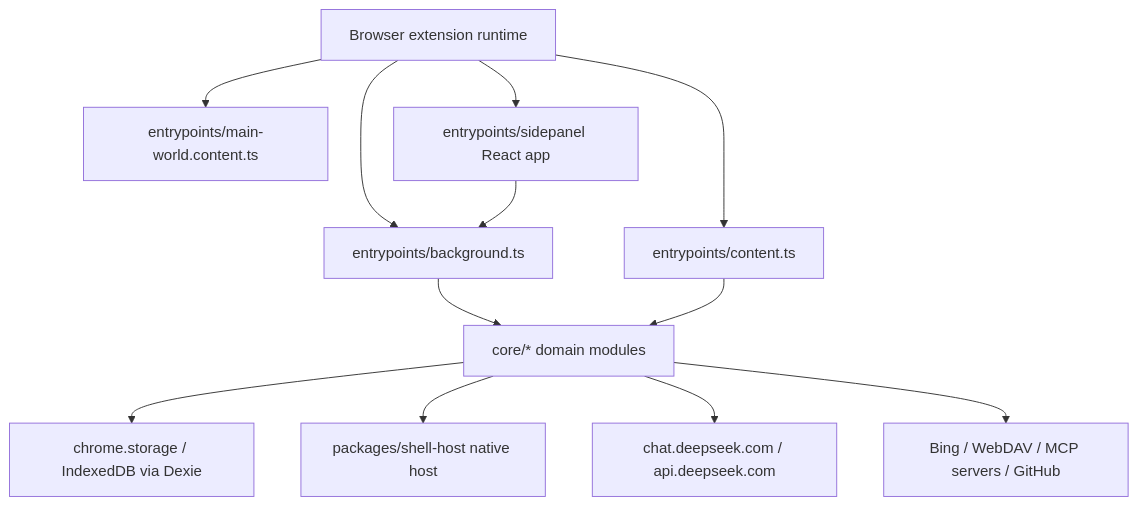
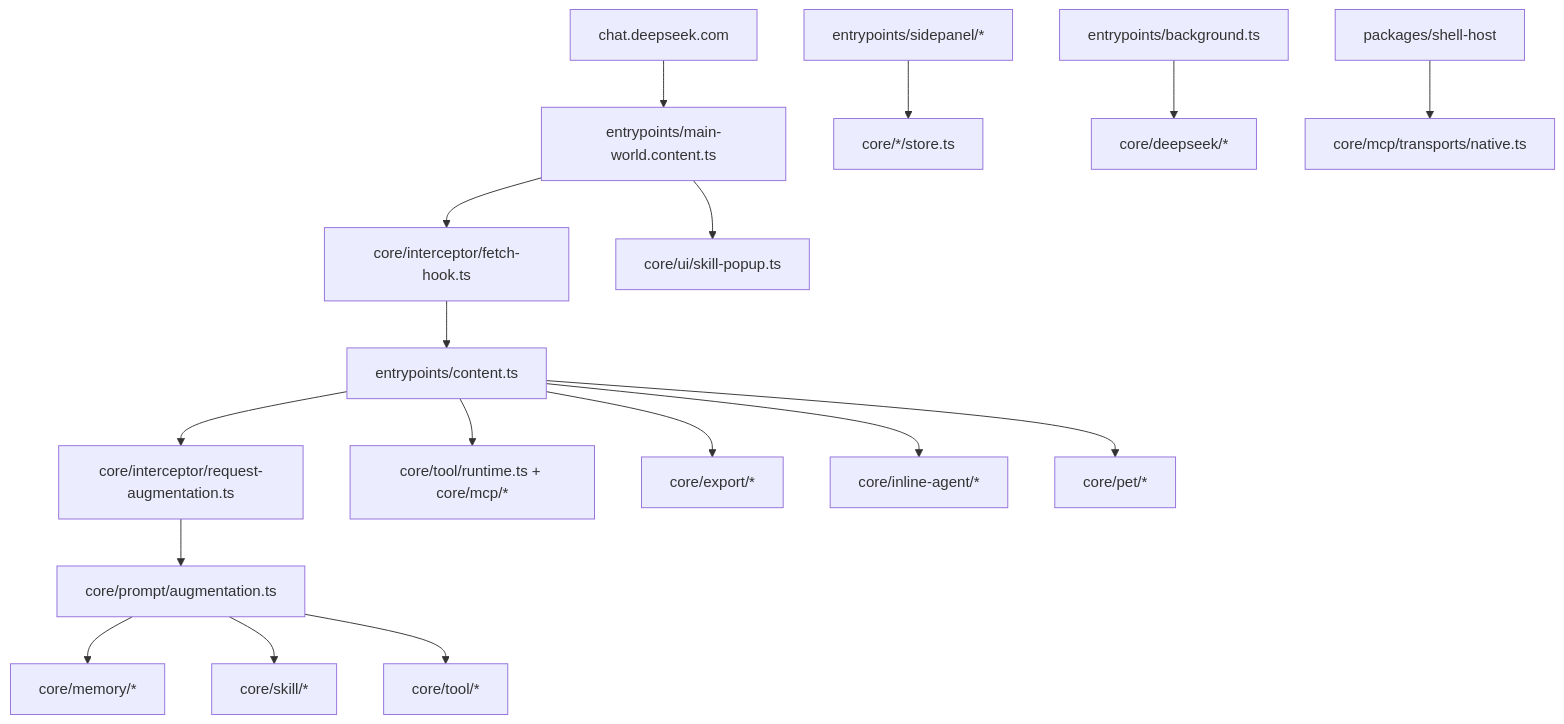
Before and after one commit to iiSwxft/DS-ide-to-web: the diagram in docs/analysis/project-overview.md, drawn with Mermaid. The commit also changed other lines of this file and 65 other files, not shown here.

Commit message:
Refactor memory and skill flow in the sidebar

````diff
--- a/docs/analysis/project-overview.md
+++ b/docs/analysis/project-overview.md
@@ -9,25 +11,19 @@
 ```mermaid
 graph TD
-  Browser["Browser extension runtime"]
-  Background["entrypoints/background.ts"]
-  Content["entrypoints/content.ts"]
-  MainWorld["entrypoints/main-world.content.ts"]
-  Sidepanel["entrypoints/sidepanel React app"]
-  Core["core/* domain modules"]
-  Storage["chrome.storage / IndexedDB via Dexie"]
-  Native["packages/shell-host native host"]
-  DeepSeek["chat.deepseek.com / api.deepseek.com"]
-  Web["Bing / WebDAV / MCP servers / GitHub"]
-
-  Browser --> Background
-  Browser --> Content
-  Browser --> MainWorld
-  Browser --> Sidepanel
-  Sidepanel --> Background
-  Background --> Core
-  Content --> Core
-  Core --> Storage
-  Core --> Native
-  Core --> DeepSeek
-  Core --> Web
+    DeepSeek["chat.deepseek.com"] --> MainWorld["entrypoints/main-world.content.ts"]
+    MainWorld --> FetchHook["core/interceptor/fetch-hook.ts"]
+    MainWorld --> SkillPopup["core/ui/skill-popup.ts"]
+    FetchHook --> Content["entrypoints/content.ts"]
+    Content --> Augment["core/interceptor/request-augmentation.ts"]
+    Augment --> Prompt["core/prompt/augmentation.ts"]
+    Prompt --> Memory["core/memory/*"]
+    Prompt --> Skill["core/skill/*"]
+    Prompt --> Tools["core/tool/*"]
+    Content --> ToolRuntime["core/tool/runtime.ts + core/mcp/*"]
+    Content --> Export["core/export/*"]
+    Content --> InlineAgent["core/inline-agent/*"]
+    Content --> Pet["core/pet/*"]
+    Sidepanel["entrypoints/sidepanel/*"] --> Stores["core/*/store.ts"]
+    Background["entrypoints/background.ts"] --> DeepSeekApi["core/deepseek/*"]
+    ShellHost["packages/shell-host"] --> MCP["core/mcp/transports/native.ts"]
 ```
````
